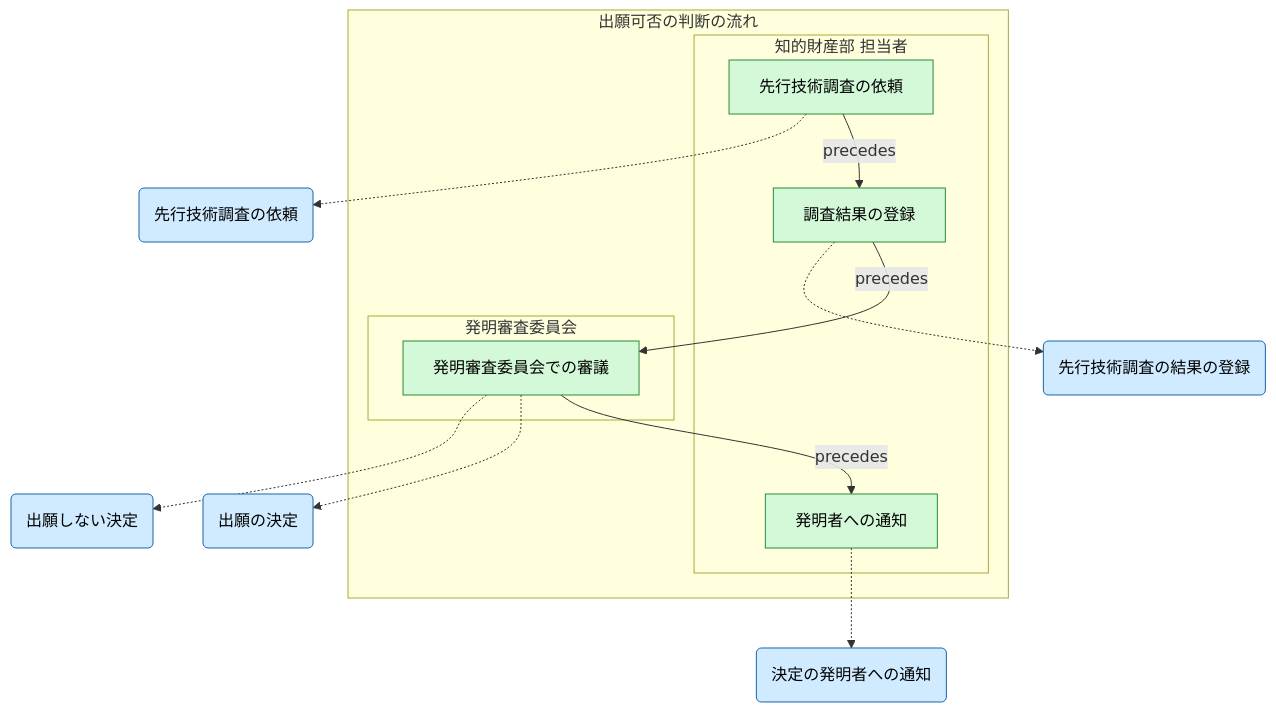
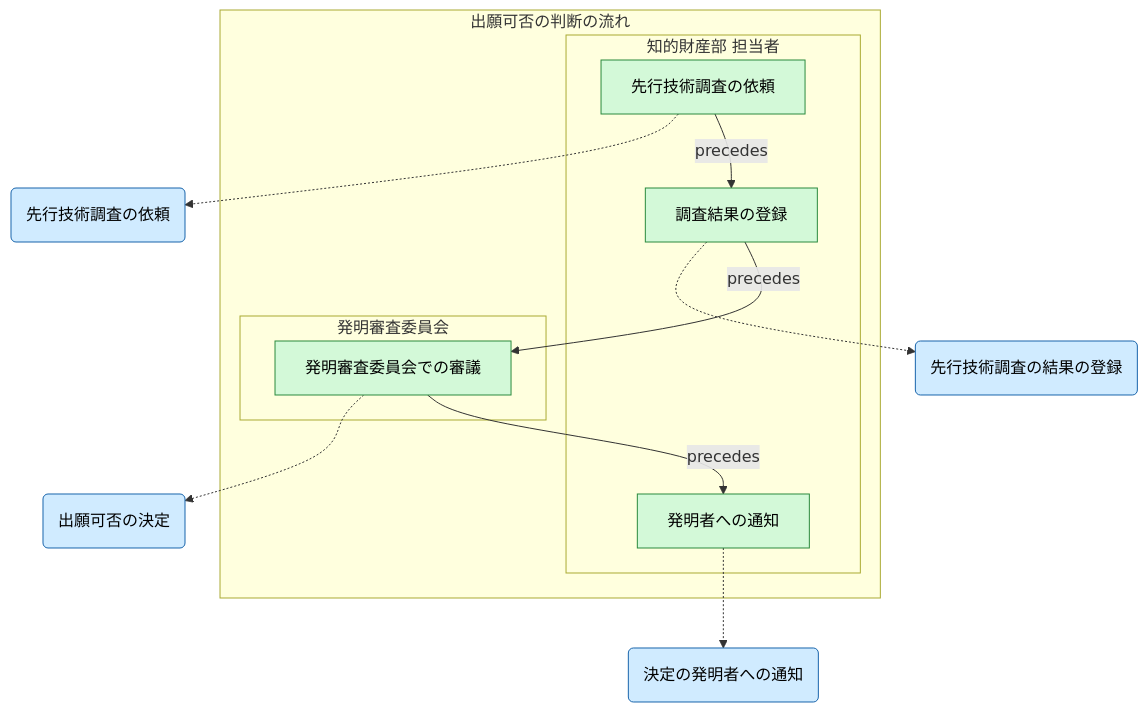
The diagram in samples/patent-ops/out/buc/flow_filing_decision.mmd (manji-0/rdra-ish-dsl), drawn with Mermaid before and after one commit. The commit also changed 58 other files, not shown here.

```diff
--- a/samples/patent-ops/out/buc/flow_filing_decision.mmd
+++ b/samples/patent-ops/out/buc/flow_filing_decision.mmd
@@ -1,38 +1,35 @@
 %% rdra-ish diagram=flow scope=buc:BucFilingDecision model=samples/patent-ops
 %% kinds: flow step lane usecase
 %% omitted: buc
 flowchart TD
   subgraph flow__FilingDecisionFlow["出願可否の判断の流れ"]
     subgraph lane__FilingDecisionFlow__IpStaff["知的財産部 担当者"]
       %% lane lane__FilingDecisionFlow__IpStaff: actor__IpStaff
       step__DecisionNoticeStep["発明者への通知"]:::step
       step__SearchRequestStep["先行技術調査の依頼"]:::step
       step__SearchResultStep["調査結果の登録"]:::step
     end
     subgraph lane__FilingDecisionFlow__ReviewCommittee["発明審査委員会"]
       %% lane lane__FilingDecisionFlow__ReviewCommittee: actor__ReviewCommittee
       step__CommitteeStep["発明審査委員会での審議"]:::step
     end
   end
-  usecase__DecideNotToFile("出願しない決定"):::usecase
-  %% desc usecase__DecideNotToFile: 発明審査委員会が、出願しないと決め、ノウハウとして秘匿するか、秘匿もせず出願しないかを選ぶ。
-  usecase__DecideToFile("出願の決定"):::usecase
-  %% desc usecase__DecideToFile: 発明審査委員会が、会社が権利を持つ発明を出願すると決める。
+  usecase__DecideFiling("出願可否の決定"):::usecase
+  %% desc usecase__DecideFiling: 発明審査委員会が、出願する、ノウハウとして秘匿する、出願しないのいずれかに決める。出願と決められるのは、会社が権利を持つ発明だけである。
   usecase__NotifyInventorOfDecision("決定の発明者への通知"):::usecase
   %% desc usecase__NotifyInventorOfDecision: 決定を発明者に知らせる（参照のみ）。
   usecase__RecordPriorArtSearch("先行技術調査の結果の登録"):::usecase
   %% desc usecase__RecordPriorArtSearch: 調査の結果を届出に記録し、調査済にする。
   usecase__RequestPriorArtSearch("先行技術調査の依頼"):::usecase
   %% desc usecase__RequestPriorArtSearch: 受け付けた発明の先行技術調査を依頼し、届出を調査中にする。
-  step__CommitteeStep -.-> usecase__DecideNotToFile
-  step__CommitteeStep -.-> usecase__DecideToFile
+  step__CommitteeStep -.-> usecase__DecideFiling
   step__CommitteeStep -->|precedes| step__DecisionNoticeStep
   step__DecisionNoticeStep -.-> usecase__NotifyInventorOfDecision
   step__SearchRequestStep -.-> usecase__RequestPriorArtSearch
   step__SearchRequestStep -->|precedes| step__SearchResultStep
   step__SearchResultStep -.-> usecase__RecordPriorArtSearch
   step__SearchResultStep -->|precedes| step__CommitteeStep
   classDef flow fill:#d3f9d8,stroke:#2b8a3e,color:#000;
   classDef step fill:#d3f9d8,stroke:#2b8a3e,color:#000;
   classDef lane fill:#d3f9d8,stroke:#2b8a3e,color:#000;
   classDef usecase fill:#d0ebff,stroke:#1864ab,color:#000;
```
